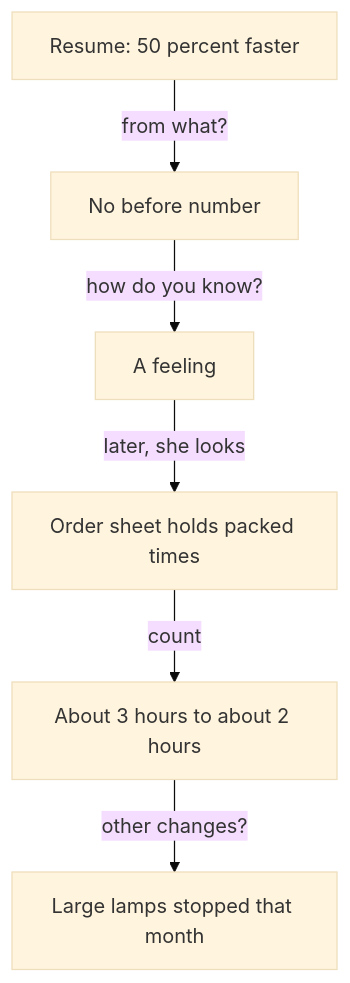
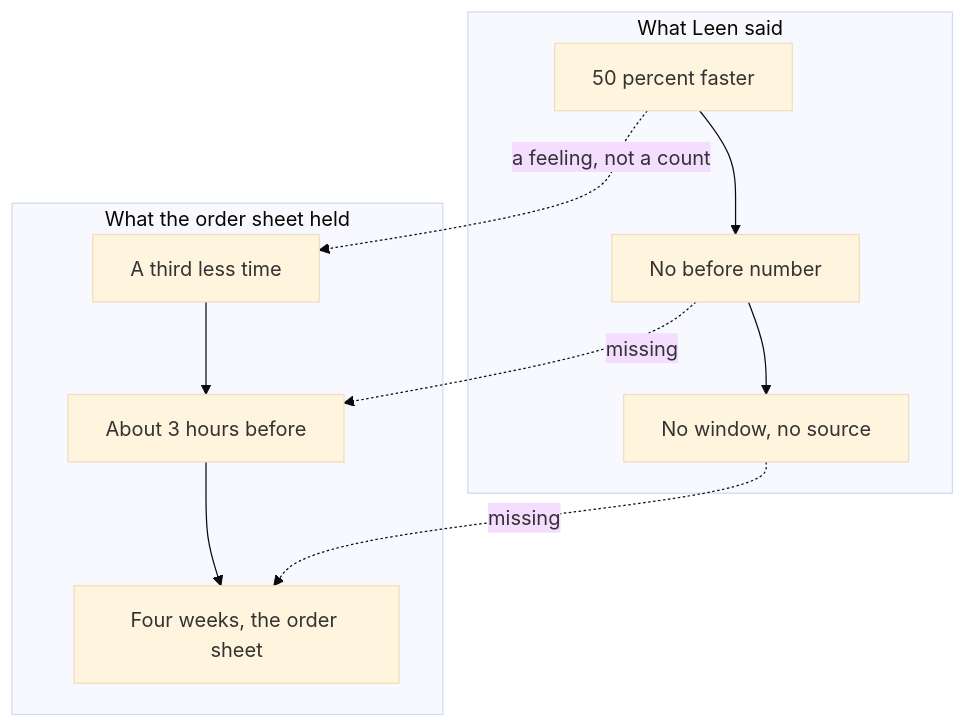
The diagram in courses/founder-interviews/02-impact-with-honest-numbers/02.01-set-the-scene.md (devweekends/Buildment), drawn with Mermaid (base theme) before and after one commit. The commit also changed other lines of this file and 12 other files, not shown here.

````diff
--- a/courses/founder-interviews/02-impact-with-honest-numbers/02.01-set-the-scene.md
+++ b/courses/founder-interviews/02-impact-with-honest-numbers/02.01-set-the-scene.md
@@ -61,8 +61,14 @@
 ```mermaid
 flowchart TD
-  A["Resume: 50 percent faster"] -->|"from what?"| B["No before number"]
-  B -->|"how do you know?"| C["A feeling"]
-  C -->|"later, she looks"| D["Order sheet holds packed times"]
-  D -->|"count"| E["About 3 hours to about 2 hours"]
-  E -->|"other changes?"| F["Large lamps stopped that month"]
+  subgraph S["What Leen said"]
+    A["50 percent faster"] --> B["No before number"]
+    B --> C["No window, no source"]
+  end
+  subgraph T["What the order sheet held"]
+    E["A third less time"] --> F["About 3 hours before"]
+    F --> G["Four weeks, the order sheet"]
+  end
+  A -.->|"a feeling, not a count"| E
+  B -.->|"missing"| F
+  C -.->|"missing"| G
 ```
````
